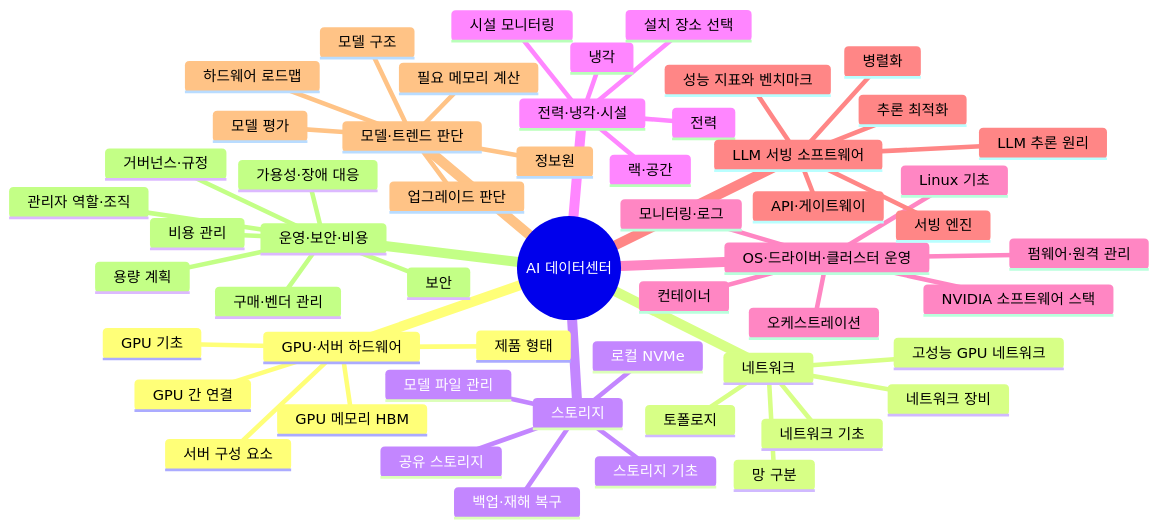
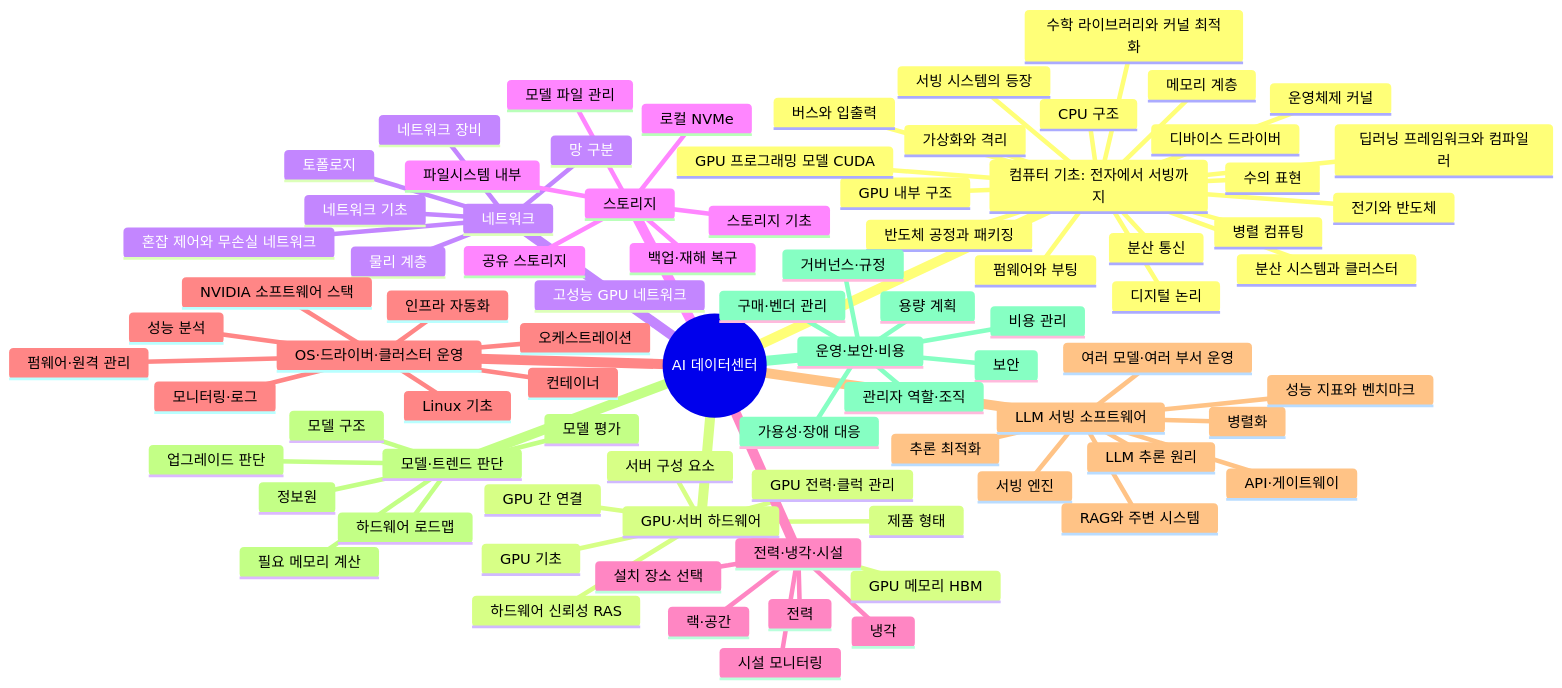
One commit to leejw1212/AIKnowledge changed the diagram in README.md. Above: the diagram before and after it, drawn with Mermaid. The commit also changed other lines of this file and 80 other files, not shown here.

````diff
--- a/README.md
+++ b/README.md
@@ -7,24 +9,49 @@
 ```mermaid
 mindmap
   root((AI 데이터센터))
+    컴퓨터 기초: 전자에서 서빙까지
+      전기와 반도체
+      디지털 논리
+      수의 표현
+      CPU 구조
+      메모리 계층
+      반도체 공정과 패키징
+      병렬 컴퓨팅
+      GPU 내부 구조
+      버스와 입출력
+      펌웨어와 부팅
+      운영체제 커널
+      디바이스 드라이버
+      가상화와 격리
+      GPU 프로그래밍 모델 CUDA
+      수학 라이브러리와 커널 최적화
+      딥러닝 프레임워크와 컴파일러
+      분산 통신
+      서빙 시스템의 등장
+      분산 시스템과 클러스터
     GPU·서버 하드웨어
       GPU 기초
       GPU 메모리 HBM
       GPU 간 연결
       서버 구성 요소
       제품 형태
+      GPU 전력·클럭 관리
+      하드웨어 신뢰성 RAS
     네트워크
       네트워크 기초
       고성능 GPU 네트워크
       토폴로지
       망 구분
       네트워크 장비
+      물리 계층
+      혼잡 제어와 무손실 네트워크
     스토리지
       스토리지 기초
       로컬 NVMe
       공유 스토리지
       모델 파일 관리
       백업·재해 복구
+      파일시스템 내부
     전력·냉각·시설
       전력
       냉각
@@ -38,6 +65,8 @@
       오케스트레이션
       모니터링·로그
       펌웨어·원격 관리
+      성능 분석
+      인프라 자동화
     LLM 서빙 소프트웨어
       LLM 추론 원리
       서빙 엔진
@@ -45,6 +74,8 @@
       추론 최적화
       API·게이트웨이
       성능 지표와 벤치마크
+      여러 모델·여러 부서 운영
+      RAG와 주변 시스템
     모델·트렌드 판단
       모델 구조
       필요 메모리 계산
````
